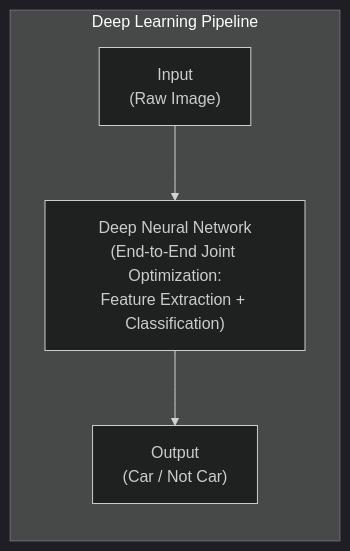
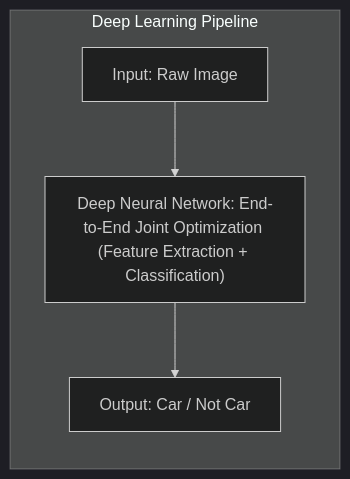
One commit to DeepLumiere/DeepSkills changed diagram 13 of 14 in notes/machine_learning/ssl_rl_and_intro_to_deep_learning.md. Above: the diagram before and after it, drawn with Mermaid (dark theme). The commit also changed other lines of this file and 56 other files, not shown here.

````diff
--- a/notes/machine_learning/ssl_rl_and_intro_to_deep_learning.md
+++ b/notes/machine_learning/ssl_rl_and_intro_to_deep_learning.md
@@ -919,7 +919,7 @@
 ```mermaid
 graph LR
-    subgraph Deep Learning Pipeline
-        In2["Input<br/>(Raw Image)"] --> NN["Deep Neural Network<br/>(End-to-End Joint Optimization:<br/>Feature Extraction + Classification)"]
-        NN --> Out2["Output<br/>(Car / Not Car)"]
+    subgraph Deep_Learning_Pipeline ["Deep Learning Pipeline"]
+        In2["Input: Raw Image"] --> NN["Deep Neural Network: End-to-End Joint Optimization (Feature Extraction + Classification)"]
+        NN --> Out2["Output: Car / Not Car"]
     end
 ```
````
